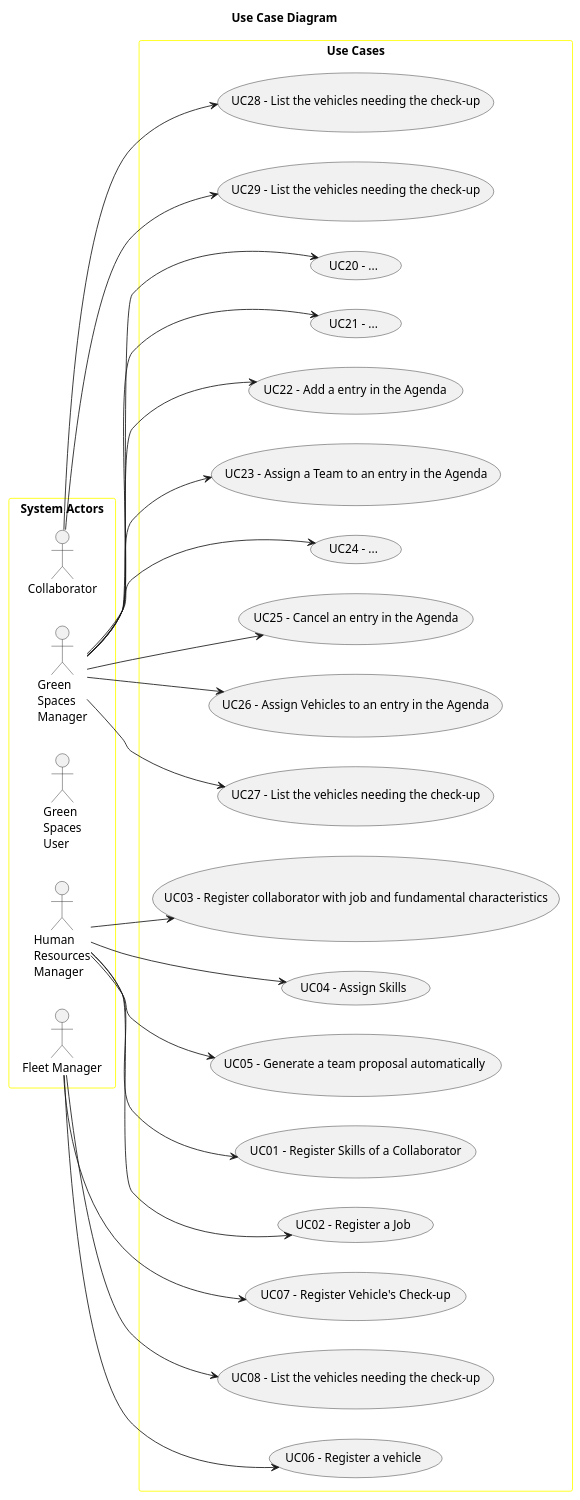
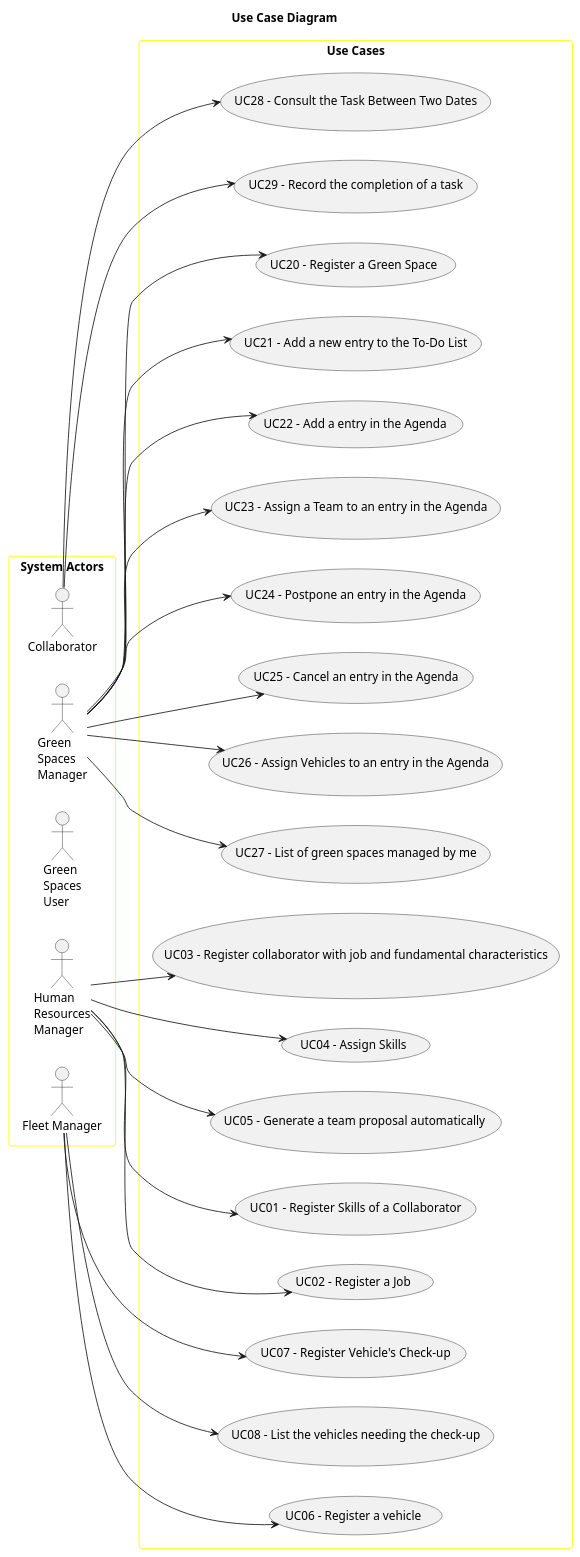
The diagram in docs/sprintA&B&C/global-artifacts/01.requirements-engineering/puml/use-case-diagram.puml (daniel41silva05/ISEP_2023_2024_LAPR2), drawn with PlantUML before and after one commit. The commit also changed 9 other files, not shown here.

Commit message:
Domain Model + Use Case Diagram

```diff
--- a/docs/sprintA&B&C/global-artifacts/01.requirements-engineering/puml/use-case-diagram.puml
+++ b/docs/sprintA&B&C/global-artifacts/01.requirements-engineering/puml/use-case-diagram.puml
@@ -1,63 +1,63 @@
 @startuml
 'skinparam monochrome true
 skinparam packageStyle rectangle
 'skinparam shadowing false
 
 skinparam rectangle{
     BorderColor yellow
 }
 
 title Use Case Diagram
 
 left to right direction
 
 rectangle "System Actors" as actors {
     actor Collaborator
     actor "Green\nSpaces\nManager" as GSM
     actor "Green\nSpaces\nUser" as GSU
     actor "Human\nResources\nManager" as HRM
     actor "Fleet Manager" as FM
 }
 
 rectangle "Use Cases" as usecases{
     usecase "UC01 - Register Skills of a Collaborator" as UC01
     HRM --> UC01
     usecase "UC02 - Register a Job" as UC02
     HRM --> UC02
     usecase "UC03 - Register collaborator with job and fundamental characteristics" as UC03
     HRM --> UC03
     usecase "UC04 - Assign Skills" as UC04
     HRM --> UC04
     usecase "UC05 - Generate a team proposal automatically " as UC05
     HRM --> UC05
     usecase "UC06 - Register a vehicle" as UC06
     FM --> UC06
     usecase "UC07 - Register Vehicle's Check-up" as UC07
     FM --> UC07
     usecase "UC08 - List the vehicles needing the check-up" as UC08
     FM --> UC08
 
-    usecase "UC20 - ..." as UC20
+    usecase "UC20 - Register a Green Space" as UC20
     GSM --> UC20
-    usecase "UC21 - ..." as UC21
+    usecase "UC21 - Add a new entry to the To-Do List" as UC21
     GSM --> UC21
     usecase "UC22 - Add a entry in the Agenda" as UC22
     GSM --> UC22
     usecase "UC23 - Assign a Team to an entry in the Agenda" as UC23
     GSM --> UC23
-    usecase "UC24 - ..." as UC24
+    usecase "UC24 - Postpone an entry in the Agenda" as UC24
     GSM --> UC24
     usecase "UC25 - Cancel an entry in the Agenda" as UC25
     GSM --> UC25
     usecase "UC26 - Assign Vehicles to an entry in the Agenda" as UC26
     GSM --> UC26
-    usecase "UC27 - List the vehicles needing the check-up" as UC27
+    usecase "UC27 - List of green spaces managed by me" as UC27
     GSM --> UC27
-    usecase "UC28 - List the vehicles needing the check-up" as UC28
+    usecase "UC28 - Consult the Task Between Two Dates" as UC28
     Collaborator --> UC28
-    usecase "UC29 - List the vehicles needing the check-up" as UC29
+    usecase "UC29 - Record the completion of a task" as UC29
     Collaborator --> UC29
 
 }
 
 @enduml
```
